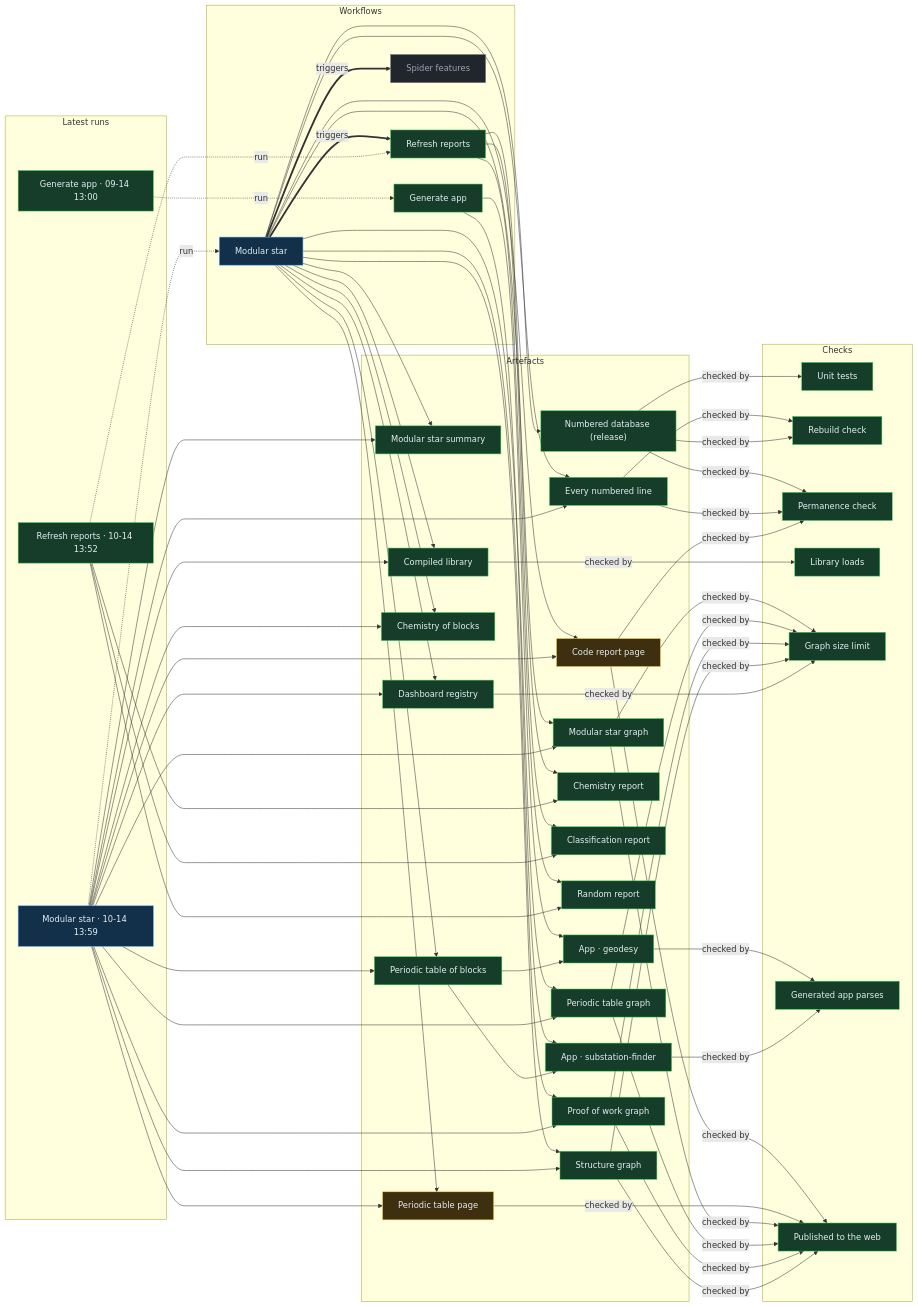
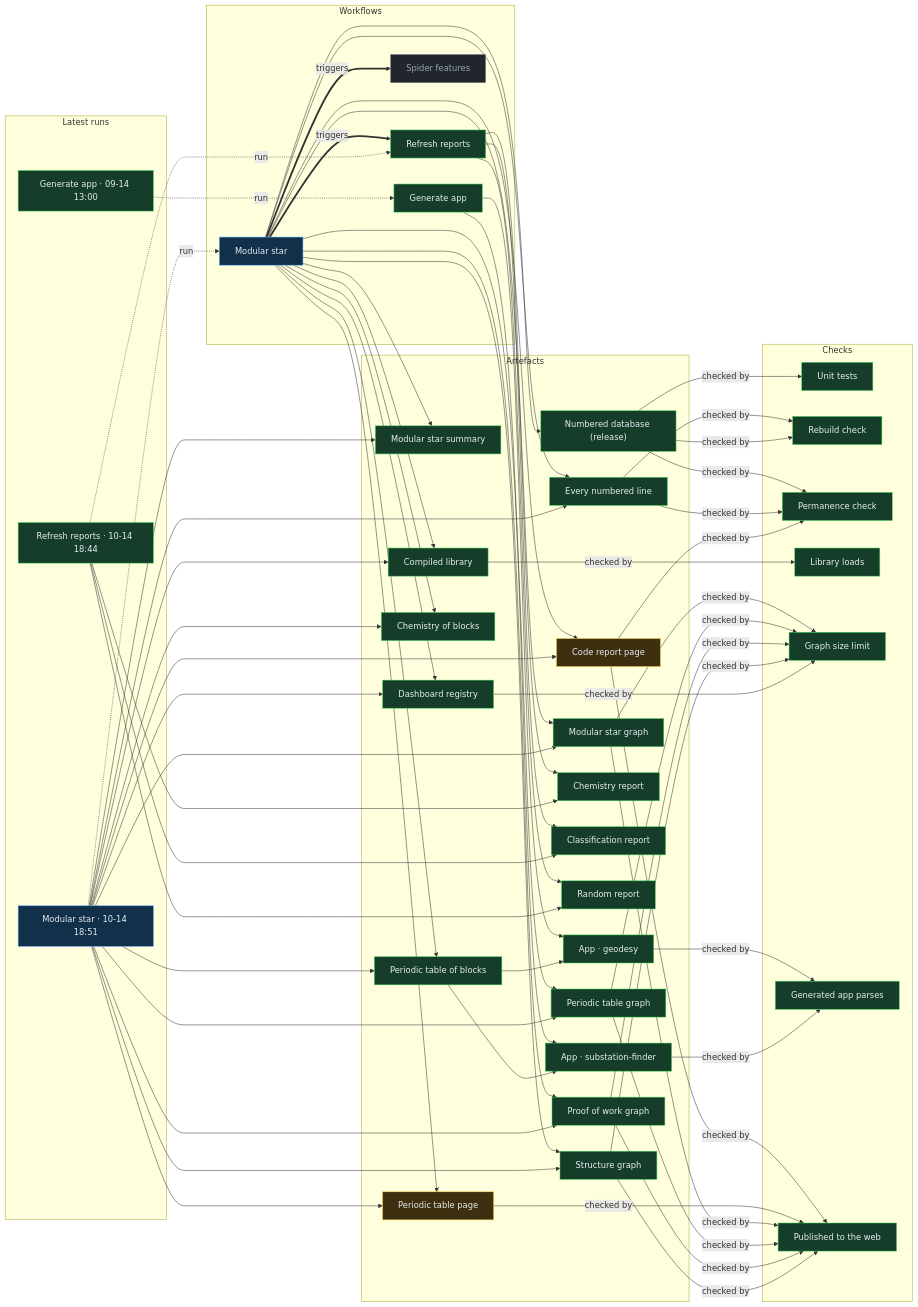
The diagram in proof/PROOF.md (Ventusltd/stars), drawn with Mermaid before and after one commit. The commit also changed other lines of this file and 44 other files, not shown here.

Commit message:
Modular star 2026-10-14T18:53Z

```diff
--- a/proof/PROOF.md
+++ b/proof/PROOF.md
@@ -24,8 +24,8 @@
   n_wf_spider_features["Spider features"]:::off
   end
   subgraph g_runs["Latest runs"]
-  n_run_38576527832["Modular star · 10-14 13:59"]:::live
-  n_run_38575491353["Refresh reports · 10-14 13:52"]:::ok
+  n_run_38618660027["Modular star · 10-14 18:51"]:::live
+  n_run_38617759434["Refresh reports · 10-14 18:44"]:::ok
   n_run_34846587798["Generate app · 09-14 13:00"]:::ok
   end
   subgraph g_artefacts["Artefacts"]
@@ -59,39 +59,39 @@
   end
   n_wf_modular_star == triggers ==> n_wf_refresh
   n_wf_modular_star == triggers ==> n_wf_spider_features
-  n_run_38576527832 -. run .-> n_wf_modular_star
-  n_run_38575491353 -. run .-> n_wf_refresh
+  n_run_38618660027 -. run .-> n_wf_modular_star
+  n_run_38617759434 -. run .-> n_wf_refresh
   n_run_34846587798 -. run .-> n_wf_generate
   n_wf_modular_star --> n_art_summary
-  n_run_38576527832 --> n_art_summary
+  n_run_38618660027 --> n_art_summary
   n_wf_modular_star --> n_art_lines
-  n_run_38576527832 --> n_art_lines
+  n_run_38618660027 --> n_art_lines
   n_wf_modular_star --> n_art_code
-  n_run_38576527832 --> n_art_code
+  n_run_38618660027 --> n_art_code
   n_wf_modular_star --> n_art_modular_graph
-  n_run_38576527832 --> n_art_modular_graph
+  n_run_38618660027 --> n_art_modular_graph
   n_wf_modular_star --> n_art_blocks
-  n_run_38576527832 --> n_art_blocks
+  n_run_38618660027 --> n_art_blocks
   n_wf_modular_star --> n_art_table
-  n_run_38576527832 --> n_art_table
+  n_run_38618660027 --> n_art_table
   n_wf_modular_star --> n_art_blocks_graph
-  n_run_38576527832 --> n_art_blocks_graph
+  n_run_38618660027 --> n_art_blocks_graph
   n_wf_modular_star --> n_art_reactions
-  n_run_38576527832 --> n_art_reactions
+  n_run_38618660027 --> n_art_reactions
   n_wf_modular_star --> n_art_library
-  n_run_38576527832 --> n_art_library
+  n_run_38618660027 --> n_art_library
   n_wf_modular_star --> n_art_features
-  n_run_38576527832 --> n_art_features
+  n_run_38618660027 --> n_art_features
   n_wf_modular_star --> n_art_proof
-  n_run_38576527832 --> n_art_proof
+  n_run_38618660027 --> n_art_proof
   n_wf_modular_star --> n_art_structure
-  n_run_38576527832 --> n_art_structure
+  n_run_38618660027 --> n_art_structure
   n_wf_refresh --> n_art_chemistry
-  n_run_38575491353 --> n_art_chemistry
+  n_run_38617759434 --> n_art_chemistry
   n_wf_refresh --> n_art_vedic
-  n_run_38575491353 --> n_art_vedic
+  n_run_38617759434 --> n_art_vedic
   n_wf_refresh --> n_art_random
-  n_run_38575491353 --> n_art_random
+  n_run_38617759434 --> n_art_random
   n_wf_modular_star --> n_art_release
   n_wf_generate --> n_app_geodesy
   n_art_blocks --> n_app_geodesy
```
